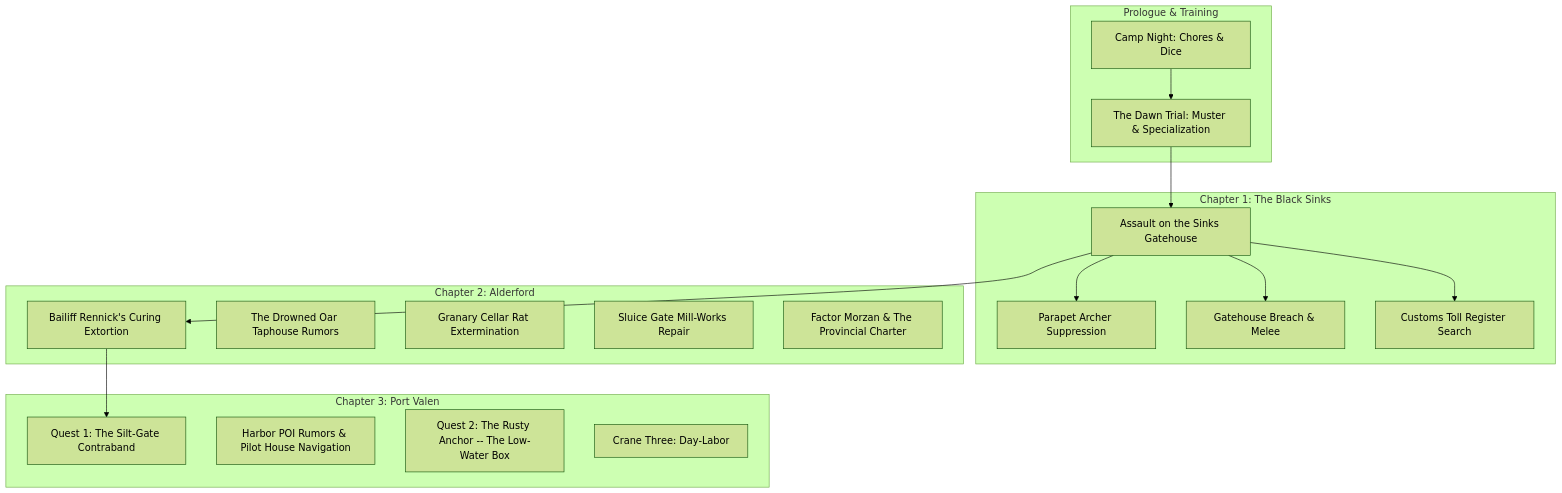
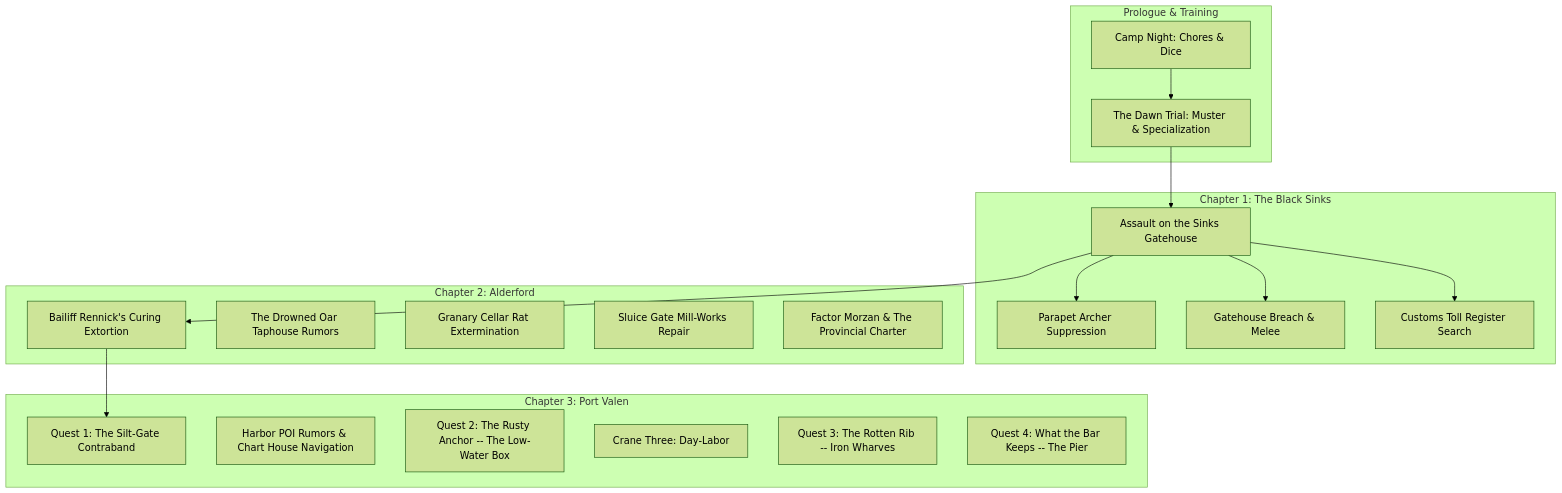
Before and after one commit to Kingskunk/A-Mercenaries-Life: the diagram in quest/QUESTS.md, drawn with Mermaid (forest theme). The commit also changed other lines of this file and 19 other files, not shown here.

````diff
--- a/quest/QUESTS.md
+++ b/quest/QUESTS.md
@@ -25,32 +25,34 @@
 ```mermaid
 graph TD
     subgraph Prologue & Training
         Q0["Camp Night: Chores & Dice"] --> Q1["The Dawn Trial: Muster & Specialization"]
     end
 
     subgraph Chapter 1: The Black Sinks
         Q2["Assault on the Sinks Gatehouse"]
         Q2 --> Q2A["Parapet Archer Suppression"]
         Q2 --> Q2B["Gatehouse Breach & Melee"]
         Q2 --> Q2C["Customs Toll Register Search"]
     end
 
     subgraph Chapter 2: Alderford
         Q3["Bailiff Rennick's Curing Extortion"]
         Q4["The Drowned Oar Taphouse Rumors"]
         Q5["Granary Cellar Rat Extermination"]
         Q6["Sluice Gate Mill-Works Repair"]
         Q7["Factor Morzan & The Provincial Charter"]
     end
 
     subgraph Chapter 3: Port Valen
         Q8["Quest 1: The Silt-Gate Contraband"]
-        Q9["Harbor POI Rumors & Pilot House Navigation"]
+        Q9["Harbor POI Rumors & Chart House Navigation"]
         Q10["Quest 2: The Rusty Anchor -- The Low-Water Box"]
         Q11["Crane Three: Day-Labor"]
+        Q12["Quest 3: The Rotten Rib -- Iron Wharves"]
+        Q13["Quest 4: What the Bar Keeps -- The Pier"]
     end
 
     Q1 --> Q2
     Q2 --> Q3
     Q3 --> Q8
 ```
````
